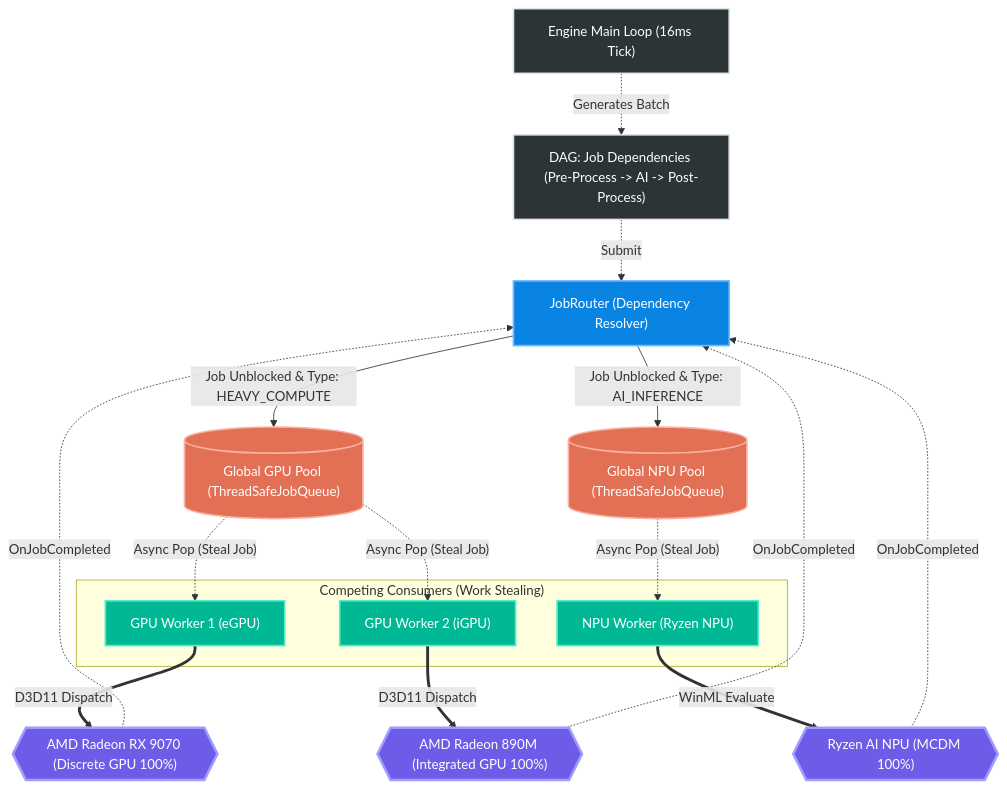
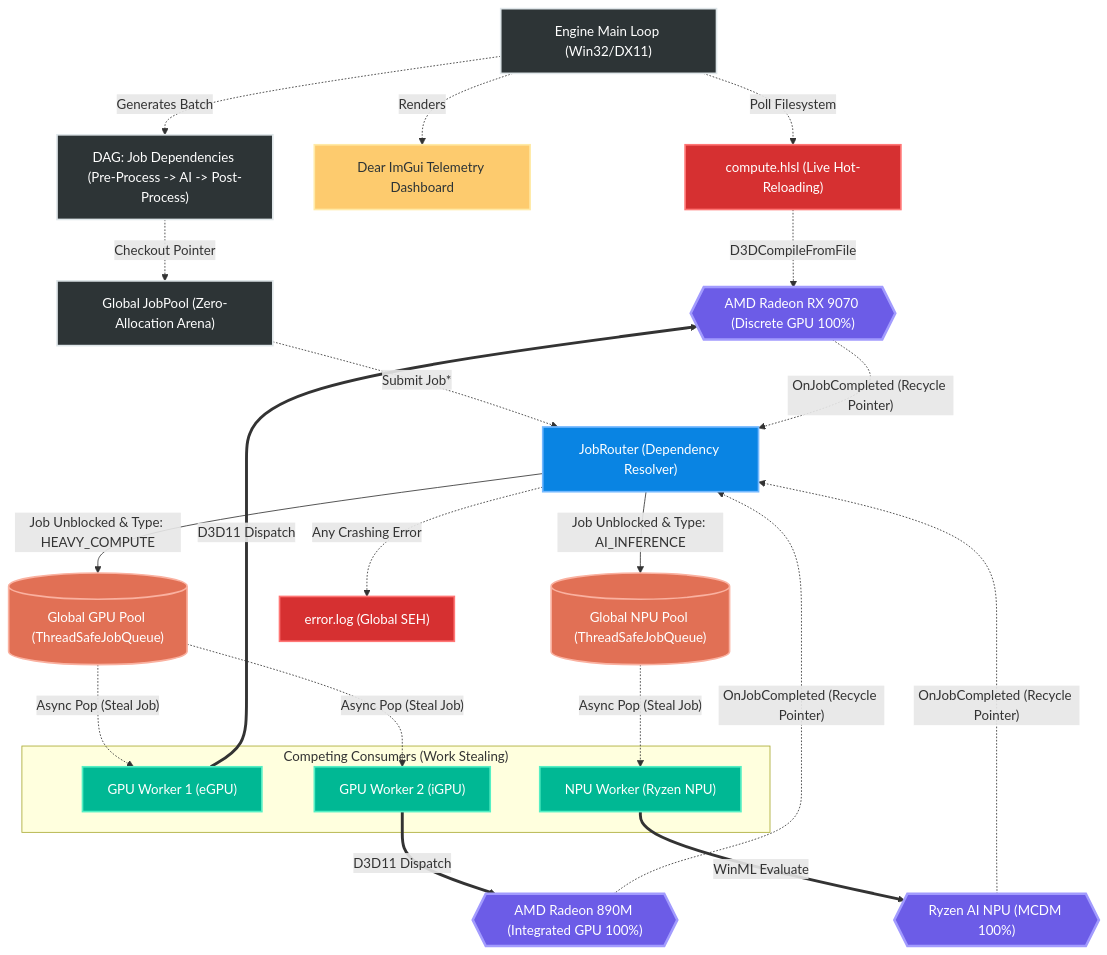
One commit to aliemreerdem/hybridcore changed the diagram in architecture_flow.md. Above: the diagram before and after it, drawn with Mermaid. The commit also changed other lines of this file and 1 other file, not shown here.

Commit message:
docs: formalize industrial scaling features into architecture documentation

````diff
--- a/architecture_flow.md
+++ b/architecture_flow.md
@@ -5,32 +5,40 @@
 ```mermaid
 graph TD
     classDef engine fill:#2d3436,stroke:#dfe6e9,stroke-width:2px,color:#fff;
     classDef router fill:#0984e3,stroke:#74b9ff,stroke-width:2px,color:#fff;
     classDef queue fill:#e17055,stroke:#fab1a0,stroke-width:2px,color:#fff;
     classDef worker fill:#00b894,stroke:#55efc4,stroke-width:2px,color:#fff;
     classDef hardware fill:#6c5ce7,stroke:#a29bfe,stroke-width:3px,color:#fff;
+    classDef external fill:#d63031,stroke:#ff7675,stroke-width:2px,color:#fff;
+    classDef ui fill:#fdcb6e,stroke:#ffeaa7,stroke-width:2px,color:#2d3436;
 
-    Engine["Engine Main Loop (16ms Tick)"]:::engine -.->|"Generates Batch"| DAG["DAG: Job Dependencies (Pre-Process -> AI -> Post-Process)"]:::engine
-    DAG -.->|"Submit"| JobRouter["JobRouter (Dependency Resolver)"]:::router
+    Engine["Engine Main Loop (Win32/DX11)"]:::engine -.->|"Poll Filesystem"| HLSL["compute.hlsl (Live Hot-Reloading)"]:::external
+    Engine -.->|"Renders"| UI["Dear ImGui Telemetry Dashboard"]:::ui
+    Engine -.->|"Generates Batch"| DAG["DAG: Job Dependencies (Pre-Process -> AI -> Post-Process)"]:::engine
+    DAG -.->|"Checkout Pointer"| MemoryArena["Global JobPool (Zero-Allocation Arena)"]:::engine
+    MemoryArena -.->|"Submit Job*"| JobRouter["JobRouter (Dependency Resolver)"]:::router
 
     JobRouter -->|"Job Unblocked & Type: HEAVY_COMPUTE"| GPUQ[("Global GPU Pool (ThreadSafeJobQueue)")]:::queue
     JobRouter -->|"Job Unblocked & Type: AI_INFERENCE"| NPUQ[("Global NPU Pool (ThreadSafeJobQueue)")]:::queue
 
     subgraph CompetingConsumers ["Competing Consumers (Work Stealing)"]
         W1["GPU Worker 1 (eGPU)"]:::worker
         W2["GPU Worker 2 (iGPU)"]:::worker
         W3["NPU Worker (Ryzen NPU)"]:::worker
     end
     
     GPUQ -.->|"Async Pop (Steal Job)"| W1
     GPUQ -.->|"Async Pop (Steal Job)"| W2
     NPUQ -.->|"Async Pop (Steal Job)"| W3
 
     W1 == "D3D11 Dispatch" ==> HW1{{"AMD Radeon RX 9070 (Discrete GPU 100%)"}}:::hardware
     W2 == "D3D11 Dispatch" ==> HW2{{"AMD Radeon 890M (Integrated GPU 100%)"}}:::hardware
     W3 == "WinML Evaluate" ==> HW3{{"Ryzen AI NPU (MCDM 100%)"}}:::hardware
+    HLSL -.->|"D3DCompileFromFile"| HW1
 
-    HW1 -.->|"OnJobCompleted"| JobRouter
-    HW2 -.->|"OnJobCompleted"| JobRouter
-    HW3 -.->|"OnJobCompleted"| JobRouter
+    HW1 -.->|"OnJobCompleted (Recycle Pointer)"| JobRouter
+    HW2 -.->|"OnJobCompleted (Recycle Pointer)"| JobRouter
+    HW3 -.->|"OnJobCompleted (Recycle Pointer)"| JobRouter
+    
+    JobRouter -.->|"Any Crashing Error"| ErrorLog["error.log (Global SEH)"]:::external
 ```
````
